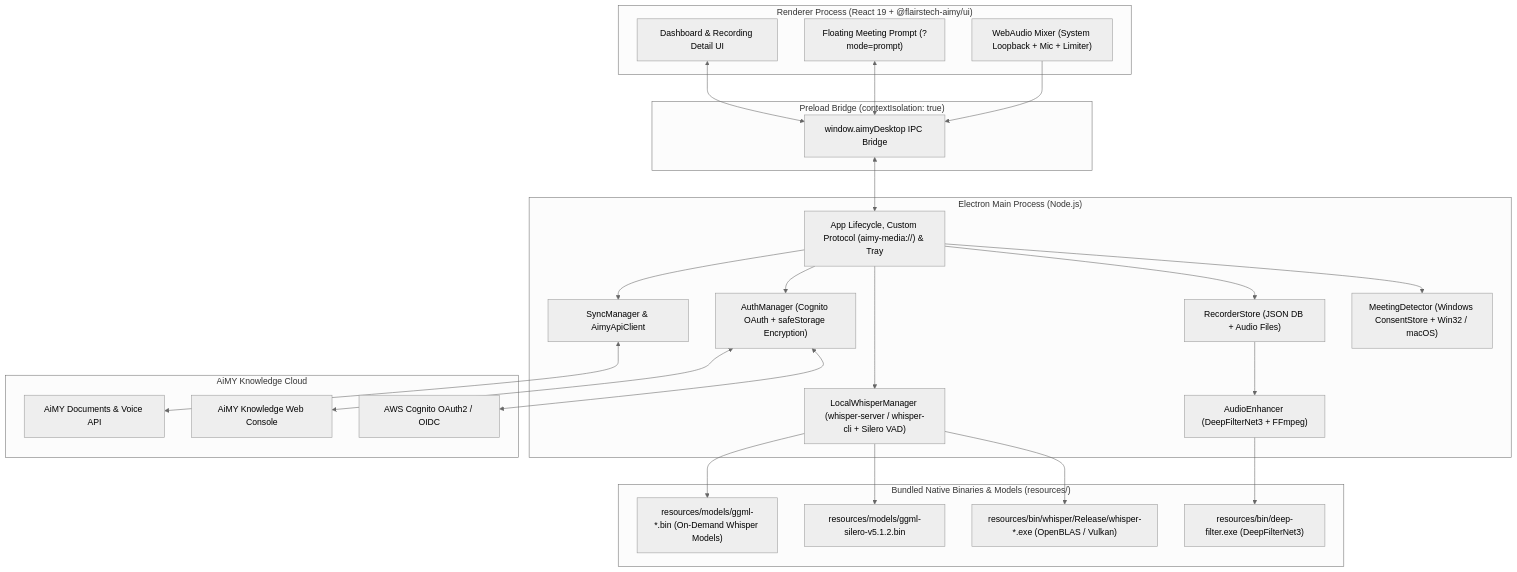
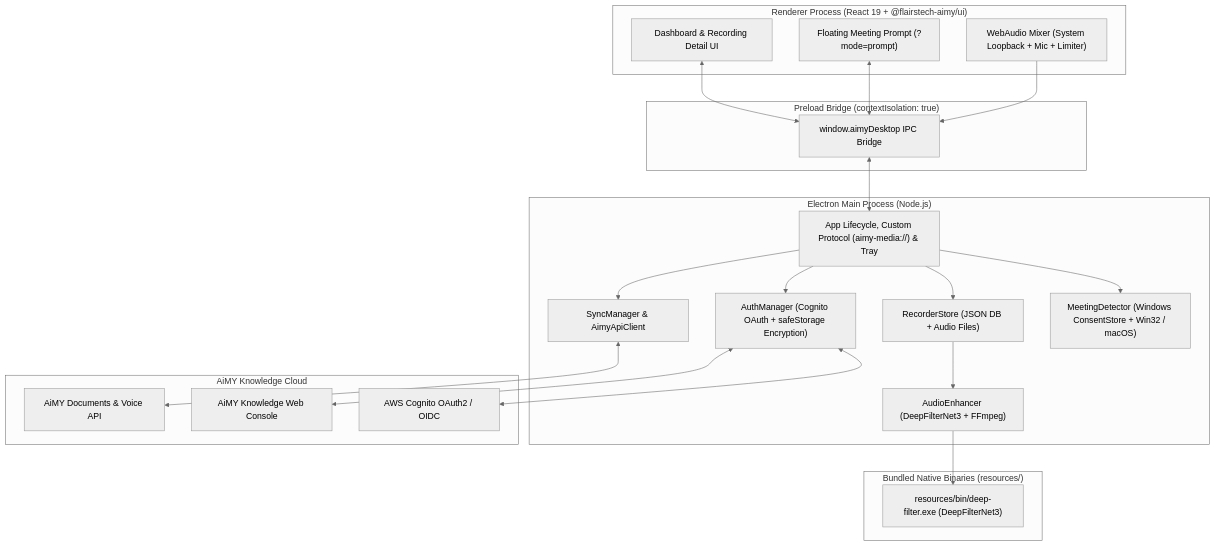
One commit to Flairstech-AIMY/aimy-meetings-desktop-client changed the first of 2 diagrams in docs/ARCHITECTURE.md. Above: the diagram before and after it, drawn with Mermaid (neutral theme). The commit also changed other lines of this file and 41 other files, not shown here.

````diff
--- a/docs/ARCHITECTURE.md
+++ b/docs/ARCHITECTURE.md
@@ -9,53 +9,45 @@
 ```mermaid
 flowchart TB
     subgraph Renderer["Renderer Process (React 19 + @flairstech-aimy/ui)"]
         UI["Dashboard & Recording Detail UI"]
         PromptUI["Floating Meeting Prompt (?mode=prompt)"]
         Capture["WebAudio Mixer (System Loopback + Mic + Limiter)"]
     end
 
     subgraph Preload["Preload Bridge (contextIsolation: true)"]
         API["window.aimyDesktop IPC Bridge"]
     end
 
     subgraph Main["Electron Main Process (Node.js)"]
         Index["App Lifecycle, Custom Protocol (aimy-media://) & Tray"]
         Detector["MeetingDetector (Windows ConsentStore + Win32 / macOS)"]
         Store["RecorderStore (JSON DB + Audio Files)"]
         Enhancer["AudioEnhancer (DeepFilterNet3 + FFmpeg)"]
-        Whisper["LocalWhisperManager (whisper-server / whisper-cli + Silero VAD)"]
         Auth["AuthManager (Cognito OAuth + safeStorage Encryption)"]
         Sync["SyncManager & AimyApiClient"]
     end
 
-    subgraph Native["Bundled Native Binaries & Models (resources/)"]
+    subgraph Native["Bundled Native Binaries (resources/)"]
         DF["resources/bin/deep-filter.exe (DeepFilterNet3)"]
-        WBin["resources/bin/whisper/Release/whisper-*.exe (OpenBLAS / Vulkan)"]
-        VAD["resources/models/ggml-silero-v5.1.2.bin"]
-        Models["resources/models/ggml-*.bin (On-Demand Whisper Models)"]
     end
 
     subgraph Cloud["AiMY Knowledge Cloud"]
         Cognito["AWS Cognito OAuth2 / OIDC"]
         AimyAPI["AiMY Documents & Voice API"]
         AimyConsole["AiMY Knowledge Web Console"]
     end
 
     UI <--> API
     PromptUI <--> API
     Capture --> API
     API <--> Index
     Index --> Detector
     Index --> Store
-    Index --> Whisper
     Index --> Auth
     Index --> Sync
     Store --> Enhancer
     Enhancer --> DF
-    Whisper --> WBin
-    Whisper --> VAD
-    Whisper --> Models
     Auth <--> Cognito
     Auth <--> AimyConsole
     Sync <--> AimyAPI
 ```
````
